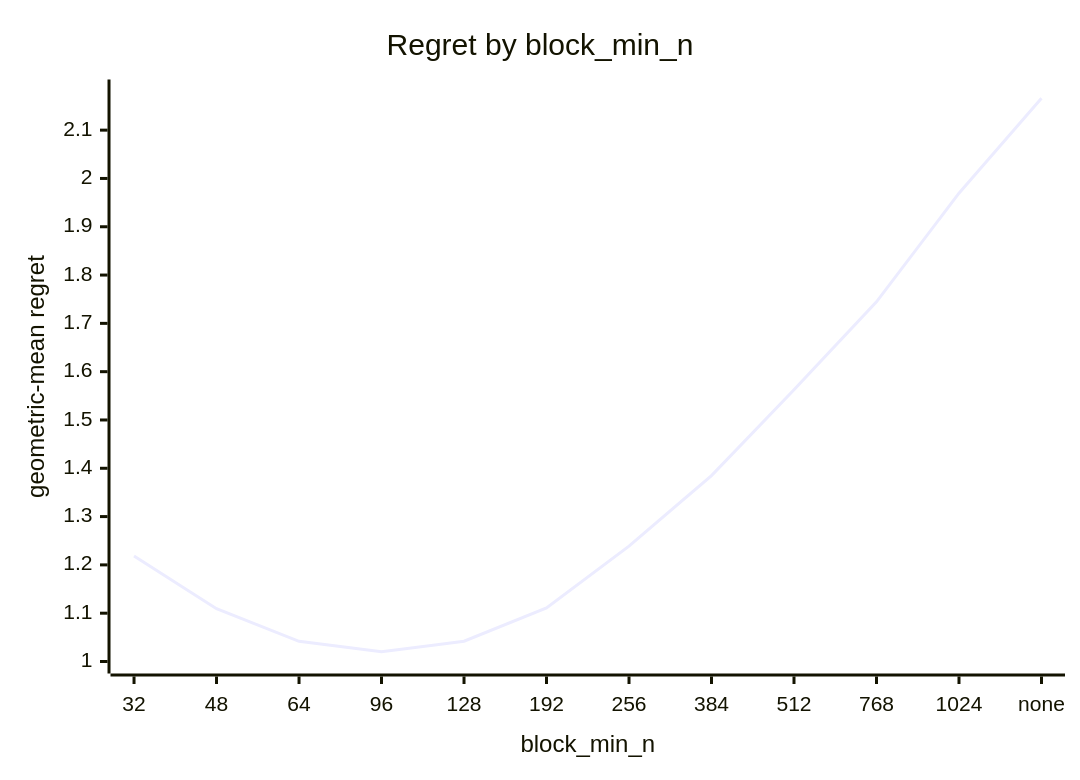
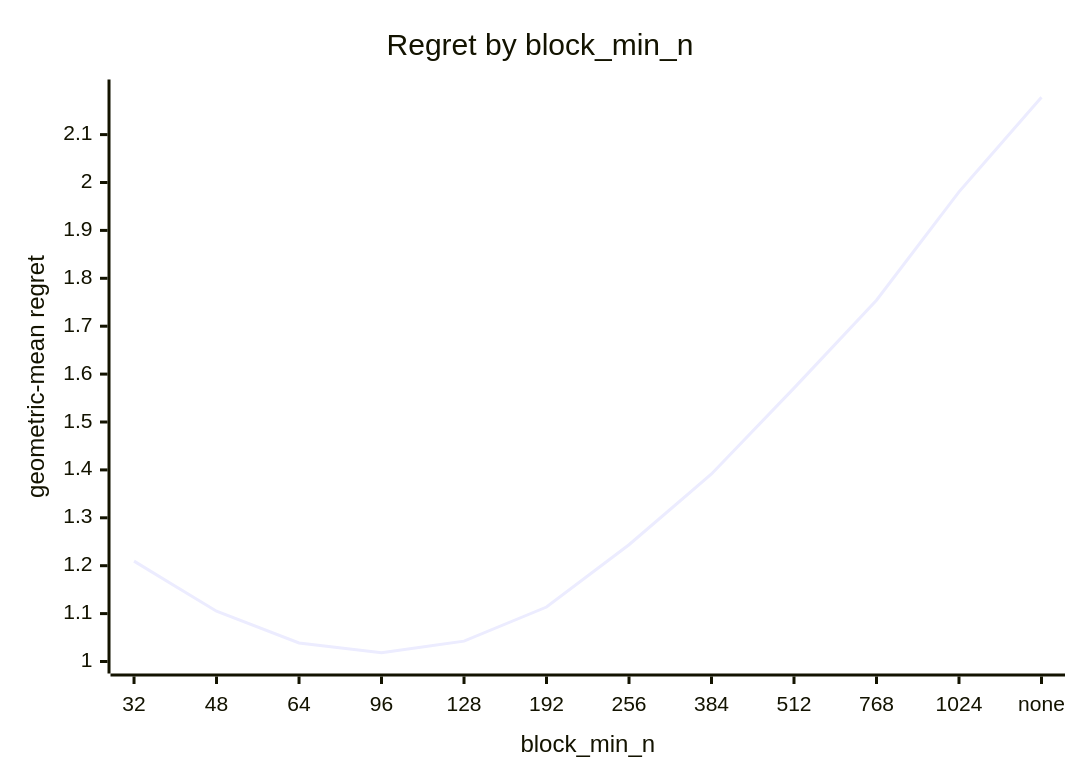
Before and after one commit to c0rmac/metal-linalg: the first of 5 diagrams in docs/results/apple-m5-pro-20gpu/combined/eigh/report.md, drawn with Mermaid. The commit also changed other lines of this file and 9 other files, not shown here.

````diff
--- a/docs/results/apple-m5-pro-20gpu/combined/eigh/report.md
+++ b/docs/results/apple-m5-pro-20gpu/combined/eigh/report.md
@@ -51,7 +53,7 @@
 ```mermaid
 xychart-beta
     title "Regret by block_min_n"
     x-axis "block_min_n" [32, 48, 64, 96, 128, 192, 256, 384, 512, 768, 1024, none]
-    y-axis "geometric-mean regret" 1.0 --> 2.18
-    line [1.2182, 1.1093, 1.0418, 1.0202, 1.0419, 1.1109, 1.2389, 1.3848, 1.5624, 1.7446, 1.9695, 2.1660]
+    y-axis "geometric-mean regret" 1.0 --> 2.19
+    line [1.2095, 1.1051, 1.0386, 1.0184, 1.0425, 1.1137, 1.2438, 1.3916, 1.5707, 1.7542, 1.9805, 2.1782]
 ```
````
